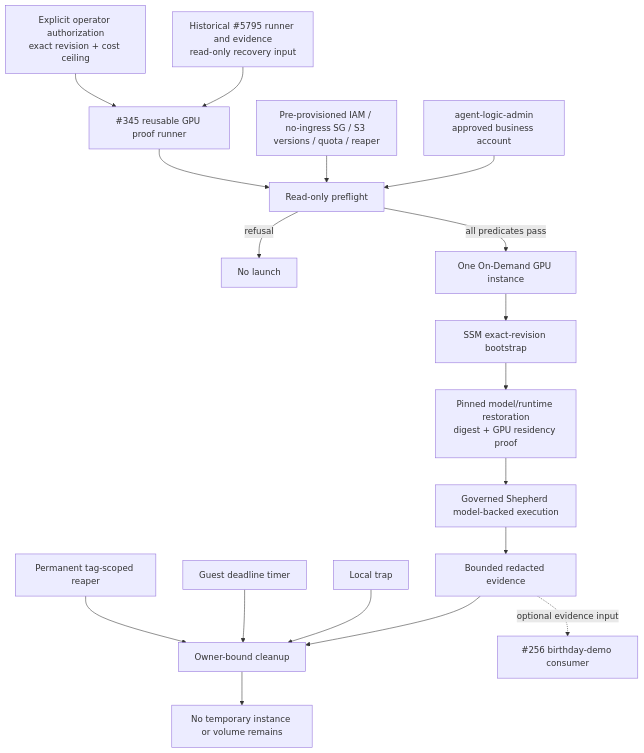
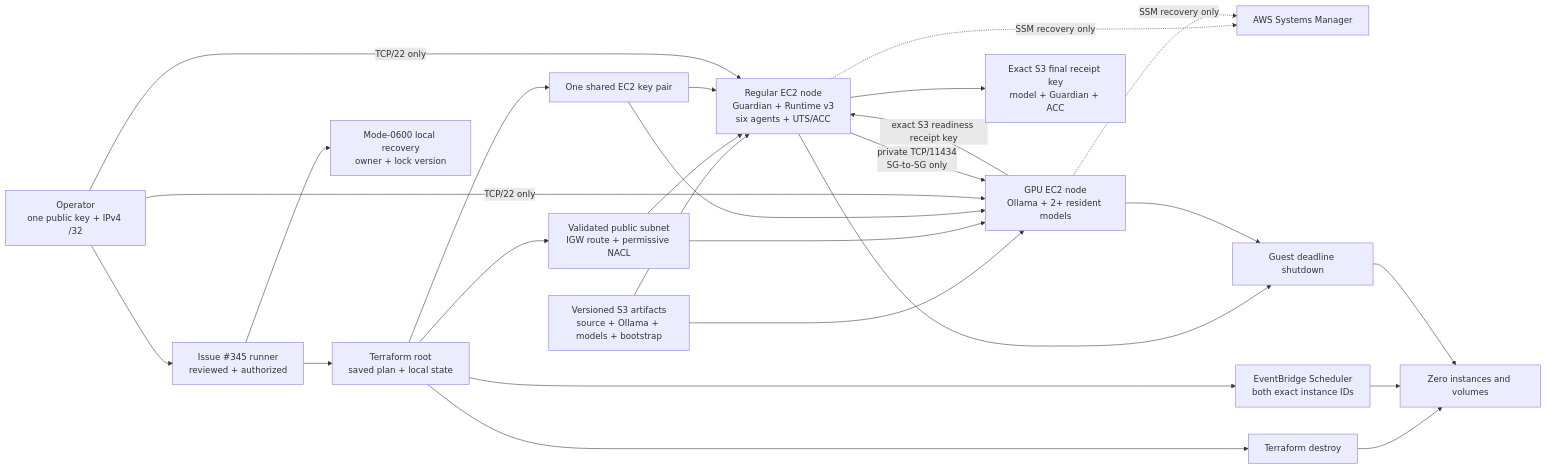
Before and after one commit to agent-logic/agent-design-language: the diagram in .csdlc/prepared/issues/345/diagram.mmd, drawn with Mermaid. The commit also changed 29 other files, not shown here.

First line of the commit message:
[v0.92.1][Sidecar] Integrate final AWS GPU proof remediation (#606)

```diff
--- a/.csdlc/prepared/issues/345/diagram.mmd
+++ b/.csdlc/prepared/issues/345/diagram.mmd
@@ -1,18 +1,26 @@
-flowchart TD
-  H["Historical #5795 runner and evidence<br/>read-only recovery input"] --> R["#345 reusable GPU proof runner"]
-  A["Explicit operator authorization<br/>exact revision + cost ceiling"] --> R
-  P["agent-logic-admin<br/>approved business account"] --> F["Read-only preflight"]
-  I["Pre-provisioned IAM / no-ingress SG / S3 versions / quota / reaper"] --> F
-  R --> F
-  F -->|"refusal"| X["No launch"]
-  F -->|"all predicates pass"| L["One On-Demand GPU instance"]
-  L --> S["SSM exact-revision bootstrap"]
-  S --> M["Pinned model/runtime restoration<br/>digest + GPU residency proof"]
-  M --> G["Governed Shepherd model-backed execution"]
-  G --> E["Bounded redacted evidence"]
-  E --> C["Owner-bound cleanup"]
-  T["Local trap"] --> C
-  U["Guest deadline timer"] --> C
-  D["Permanent tag-scoped reaper"] --> C
-  C --> Z["No temporary instance or volume remains"]
-  E -. "optional evidence input" .-> B["#256 birthday-demo consumer"]
+flowchart LR
+  O["Operator<br/>one public key + IPv4 /32"] --> T["Issue #345 runner<br/>reviewed + authorized"]
+  T --> TF["Terraform root<br/>saved plan + local state"]
+  S3["Versioned S3 artifacts<br/>source + Ollama + models + bootstrap"] --> G
+  S3 --> R
+  TF --> K["One shared EC2 key pair"]
+  TF --> P["Validated public subnet<br/>IGW route + permissive NACL"]
+  P --> R["Regular EC2 node<br/>Guardian + Runtime v3<br/>six agents + UTS/ACC"]
+  P --> G["GPU EC2 node<br/>Ollama + 2+ resident models"]
+  K --> R
+  K --> G
+  O -->|"TCP/22 only"| R
+  O -->|"TCP/22 only"| G
+  R -->|"private TCP/11434<br/>SG-to-SG only"| G
+  G -->|"exact S3 readiness receipt key"| R
+  R --> E["Exact S3 final receipt key<br/>model + Guardian + ACC"]
+  T --> L["Mode-0600 local recovery<br/>owner + lock version"]
+  R -. "SSM recovery only" .-> SSM["AWS Systems Manager"]
+  G -. "SSM recovery only" .-> SSM
+  TF --> D["Terraform destroy"]
+  TF --> Q["EventBridge Scheduler<br/>both exact instance IDs"]
+  R --> U["Guest deadline shutdown"]
+  G --> U
+  D --> Z["Zero instances and volumes"]
+  Q --> Z
+  U --> Z
```
